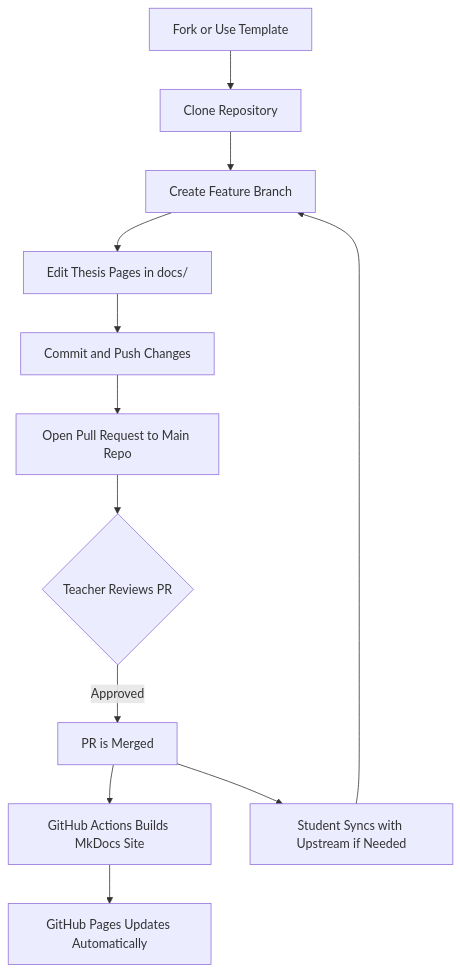
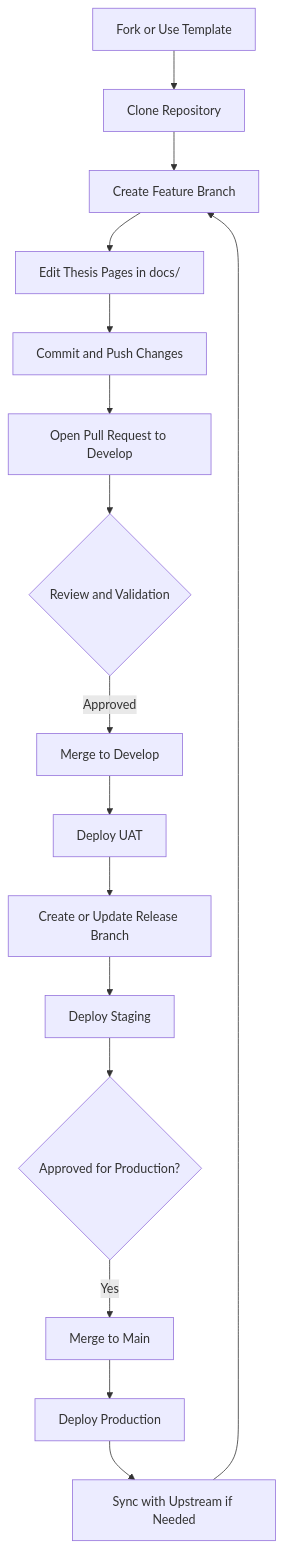
The diagram in README.md (mc-ccs/bscs-research-template), drawn with Mermaid before and after one commit. The commit also changed other lines of this file, not shown here.

Commit message:
refactor: Update branch naming conventions and workflow instructions in README

````diff
--- a/README.md
+++ b/README.md
@@ -245,14 +258,18 @@
 ```mermaid
 flowchart TD
     A[Fork or Use Template] --> B[Clone Repository]
     B --> C[Create Feature Branch]
     C --> D[Edit Thesis Pages in docs/]
     D --> E[Commit and Push Changes]
-    E --> F[Open Pull Request to Main Repo]
-    F --> G{Teacher Reviews PR}
-    G -->|Approved| H[PR is Merged]
-    H --> I[GitHub Actions Builds MkDocs Site]
-    I --> J[GitHub Pages Updates Automatically]
-    H --> K[Student Syncs with Upstream if Needed]
-    K --> C
+    E --> F[Open Pull Request to Develop]
+    F --> G{Review and Validation}
+    G -->|Approved| H[Merge to Develop]
+    H --> I[Deploy UAT]
+    I --> J[Create or Update Release Branch]
+    J --> K[Deploy Staging]
+    K --> L{Approved for Production?}
+    L -->|Yes| M[Merge to Main]
+    M --> N[Deploy Production]
+    N --> O[Sync with Upstream if Needed]
+    O --> C
 ```
````
